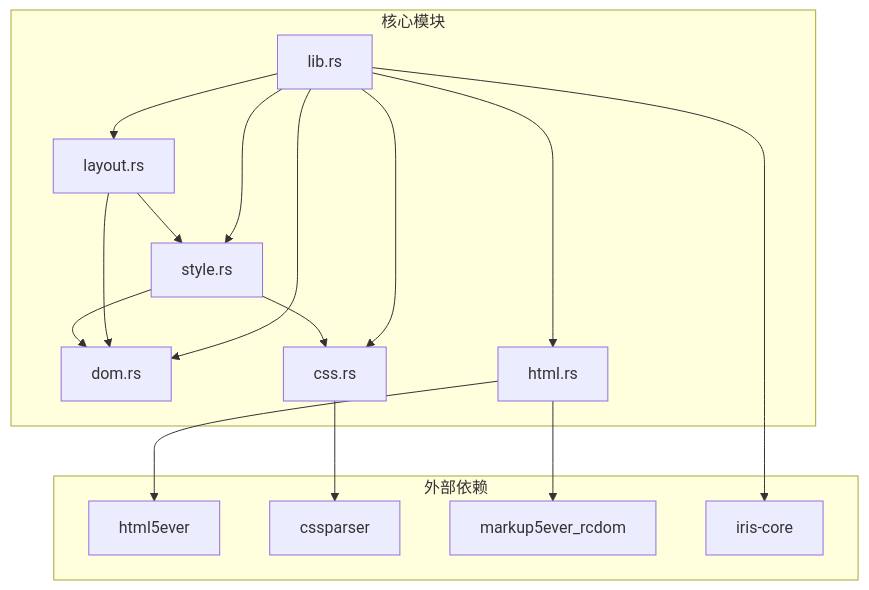
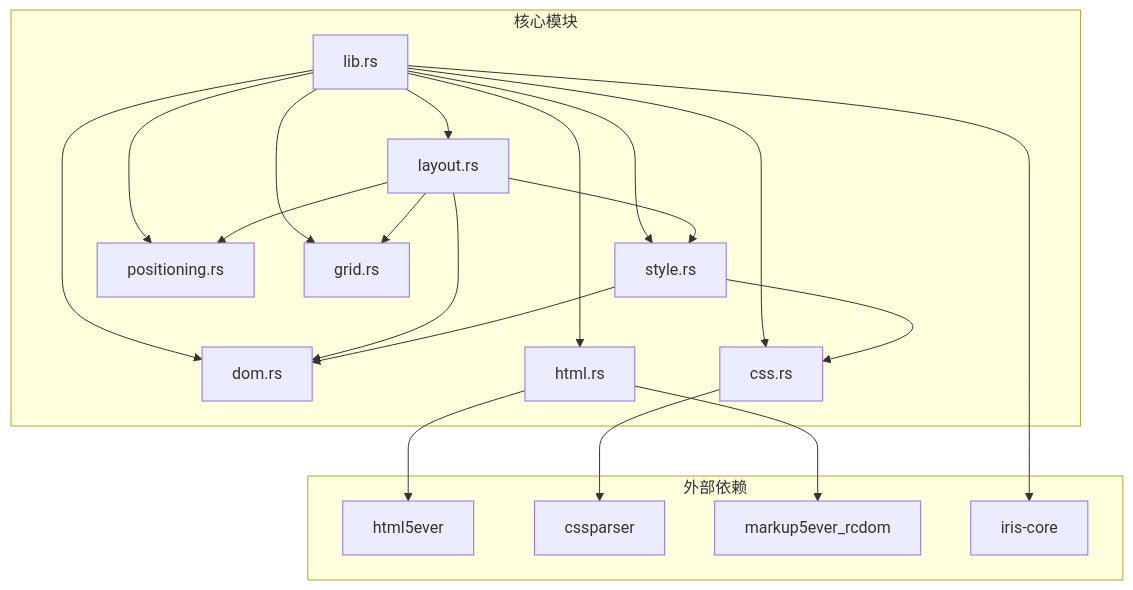
Before and after one commit to itszzl-sudo/iris: diagram 18 of 18 in .qoder/repowiki/zh/content/技术架构详解/布局样式系统/iris-layout布局引擎.md, drawn with Mermaid. The commit also changed other lines of this file and 6 other files, not shown here.

````diff
--- a/.qoder/repowiki/zh/content/技术架构详解/布局样式系统/iris-layout布局引擎.md
+++ b/.qoder/repowiki/zh/content/技术架构详解/布局样式系统/iris-layout布局引擎.md
@@ -425,30 +613,36 @@
 ```mermaid
 graph TB
 subgraph "核心模块"
 A[lib.rs]
 B[dom.rs]
 C[html.rs]
 D[css.rs]
 E[style.rs]
 F[layout.rs]
+G[positioning.rs]
+H[grid.rs]
 end
 subgraph "外部依赖"
-G[html5ever]
-H[cssparser]
-I[markup5ever_rcdom]
-J[iris-core]
+I[html5ever]
+J[cssparser]
+K[markup5ever_rcdom]
+L[iris-core]
 end
 A --> B
 A --> C
 A --> D
 A --> E
 A --> F
-C --> G
+A --> G
+A --> H
 C --> I
-D --> H
+C --> K
+D --> J
 F --> B
 F --> E
+F --> G
+F --> H
 E --> B
 E --> D
-A --> J
+A --> L
 ```
````
